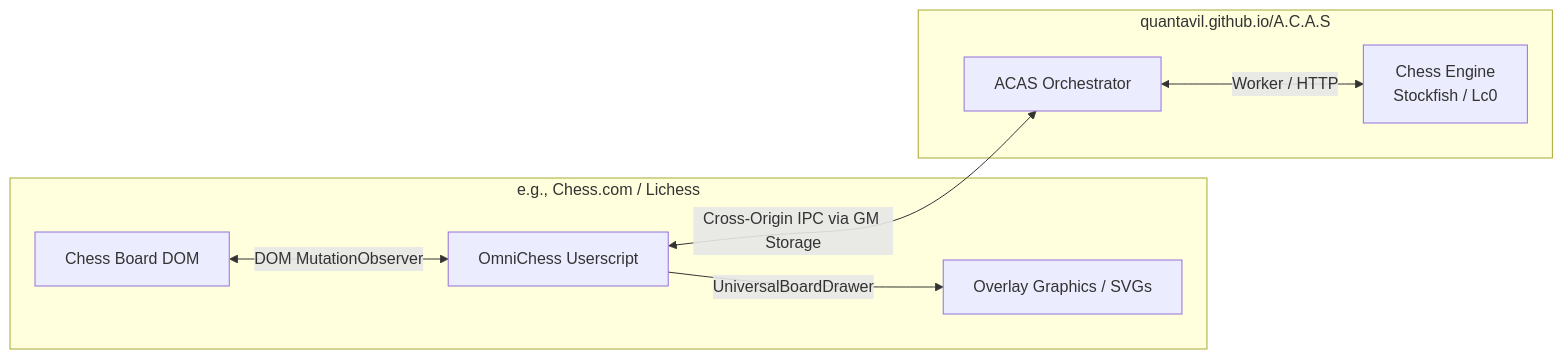
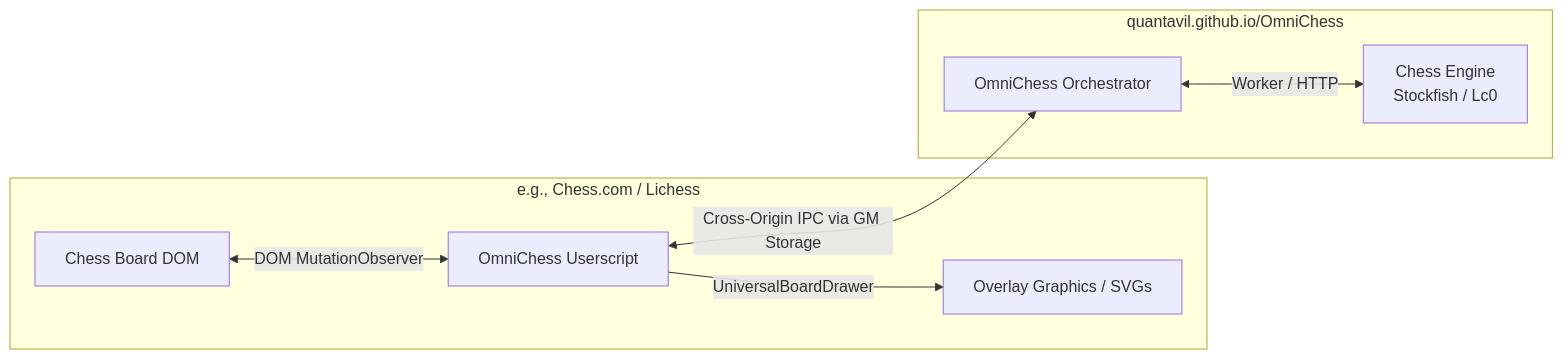
The diagram in userscript/README.md (quantavil/OmniChess), drawn with Mermaid before and after one commit. The commit also changed other lines of this file and 112 other files, not shown here.

Commit message:
Perform thorough rebranding, renaming all files and variables from A.C.A.S/acas to OmniChess

````diff
--- a/userscript/README.md
+++ b/userscript/README.md
@@ -36,13 +36,13 @@
 ```mermaid
 flowchart LR
     subgraph Browser Tab 1: Chess Site [e.g., Chess.com / Lichess]
         A[Chess Board DOM] <-->|DOM MutationObserver| B[OmniChess Userscript]
         B -->|UniversalBoardDrawer| C[Overlay Graphics / SVGs]
     end
 
-    subgraph Browser Tab 2: ACAS GUI [quantavil.github.io/A.C.A.S]
-        F[ACAS Orchestrator] <-->|Worker / HTTP| G[Chess Engine \nStockfish / Lc0]
+    subgraph Browser Tab 2: OmniChess GUI [quantavil.github.io/OmniChess]
+        F[OmniChess Orchestrator] <-->|Worker / HTTP| G[Chess Engine \nStockfish / Lc0]
     end
 
     B <-->|Cross-Origin IPC via GM Storage| F
 ```
````
